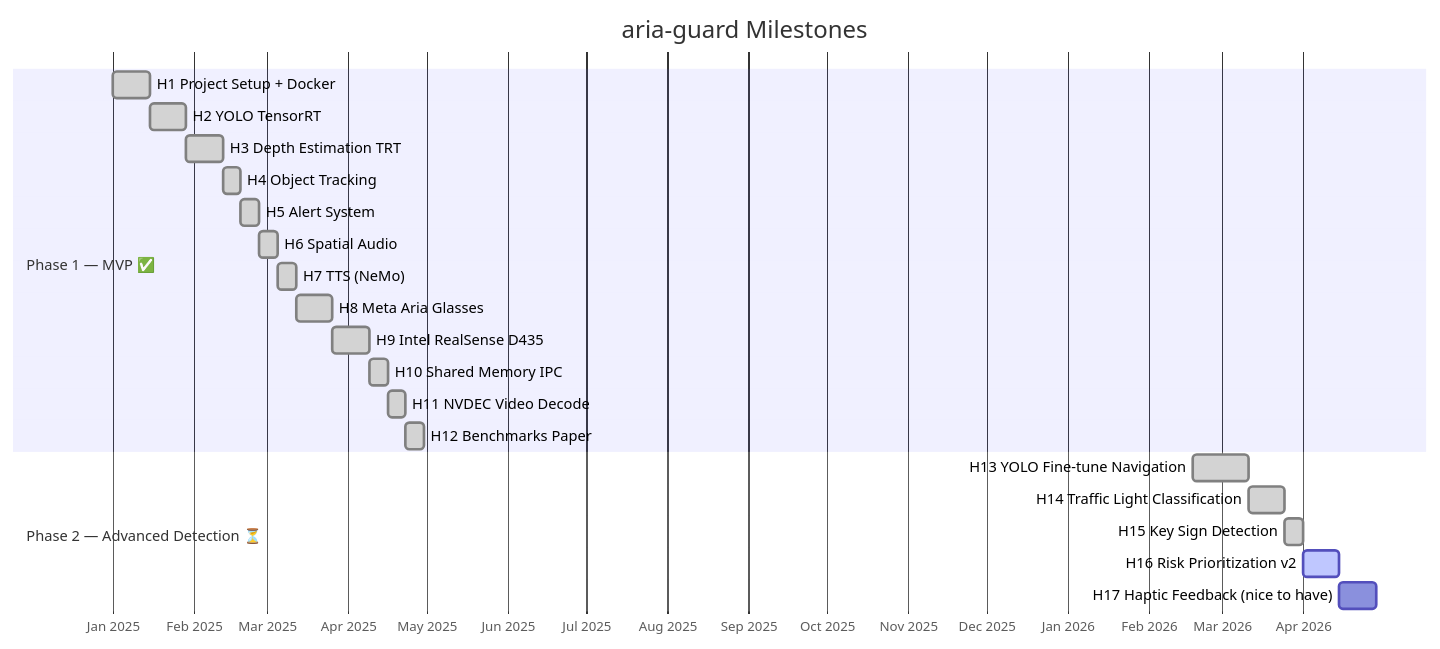
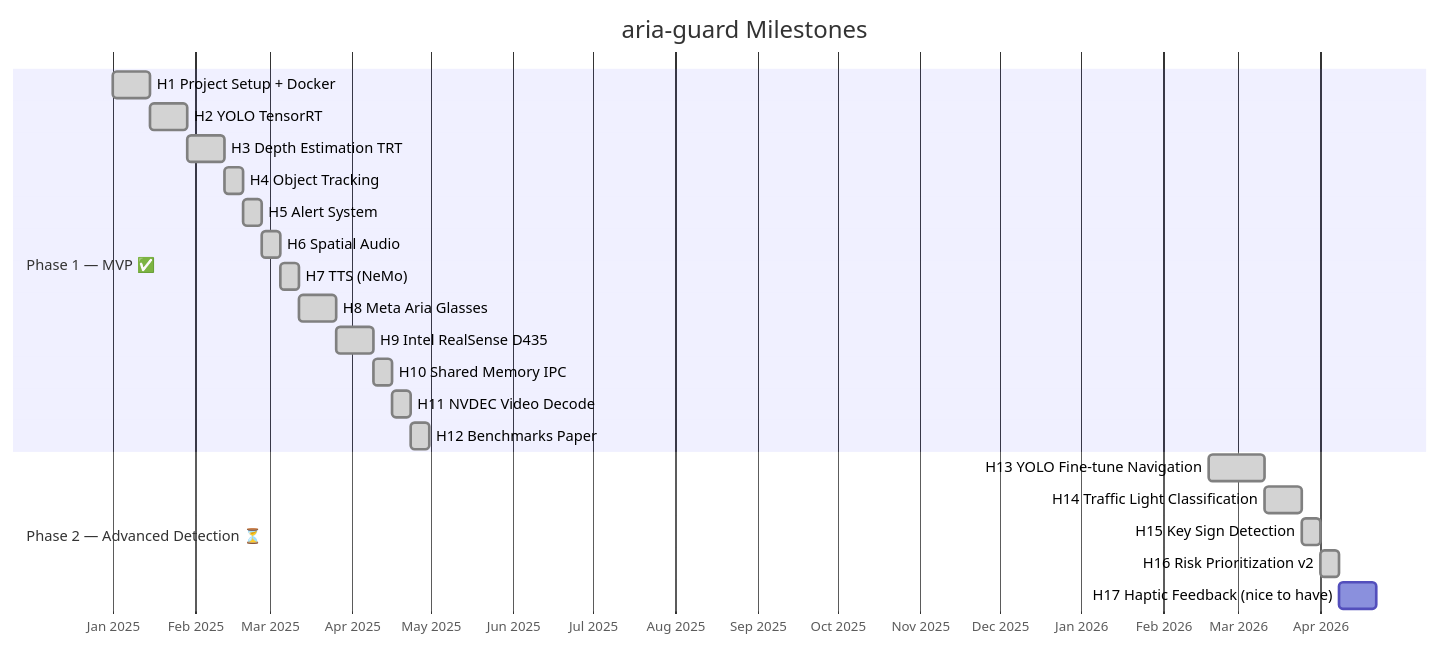
Before and after one commit to robertteleng/aria-guard: diagram 12 of 12 in README.md, drawn with Mermaid. The commit also changed other lines of this file and 3 other files, not shown here.

First line of the commit message:
feat: risk prioritization v2 — continuous approach, zone factor, fast vehicle alert (H16)

````diff
--- a/README.md
+++ b/README.md
@@ -833,27 +833,27 @@
 ```mermaid
 gantt
     title aria-guard Milestones
     dateFormat YYYY-MM-DD
     axisFormat %b %Y
 
     section Phase 1 — MVP ✅
     H1  Project Setup + Docker        :done, h1, 2025-01-01, 14d
     H2  YOLO TensorRT                 :done, h2, after h1, 14d
     H3  Depth Estimation TRT          :done, h3, after h2, 14d
     H4  Object Tracking               :done, h4, after h3, 7d
     H5  Alert System                  :done, h5, after h4, 7d
     H6  Spatial Audio                 :done, h6, after h5, 7d
     H7  TTS (NeMo)                    :done, h7, after h6, 7d
     H8  Meta Aria Glasses             :done, h8, after h7, 14d
     H9  Intel RealSense D435          :done, h9, after h8, 14d
     H10 Shared Memory IPC             :done, h10, after h9, 7d
     H11 NVDEC Video Decode            :done, h11, after h10, 7d
     H12 Benchmarks Paper              :done, h12, after h11, 7d
 
     section Phase 2 — Advanced Detection ⏳
     H13 YOLO Fine-tune Navigation     :done, h13, 2026-02-18, 21d
     H14 Traffic Light Classification  :done, h14, after h13, 14d
     H15 Key Sign Detection            :done, h15, after h14, 7d
-    H16 Risk Prioritization v2        :active, h16, after h15, 14d
+    H16 Risk Prioritization v2        :done, h16, after h15, 7d
     H17 Haptic Feedback (nice to have) :h17, after h16, 14d
 ```
````
